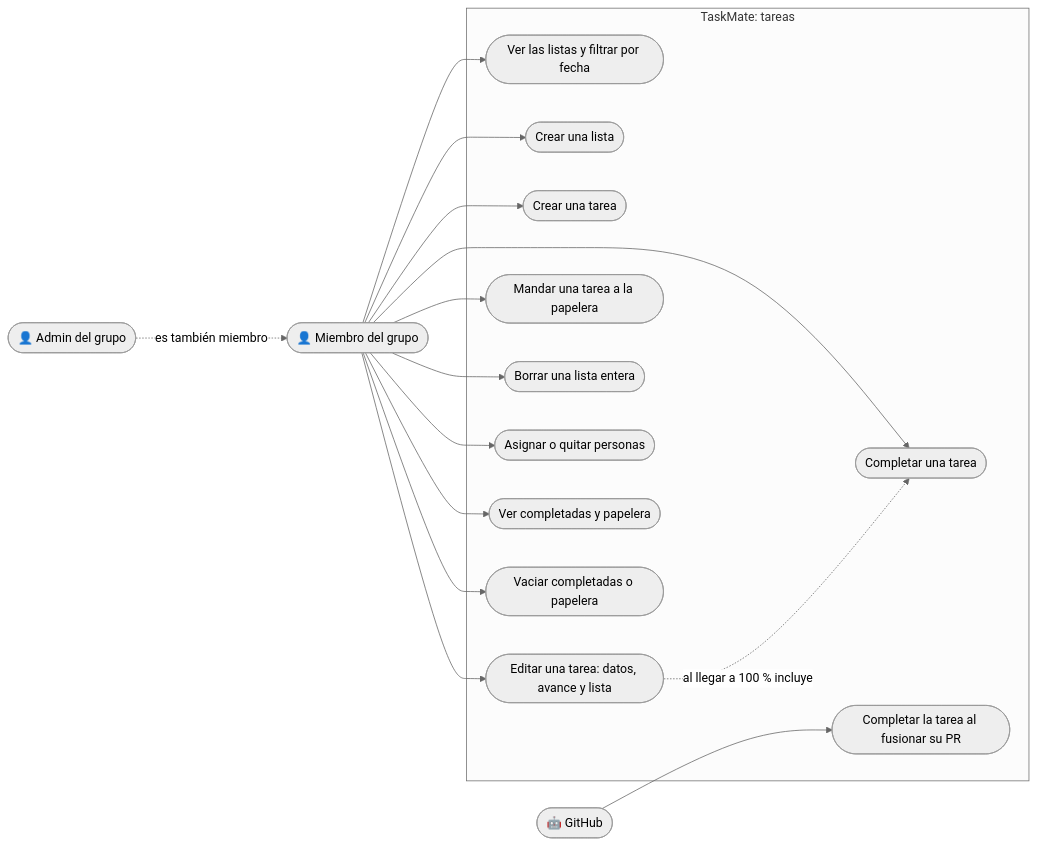
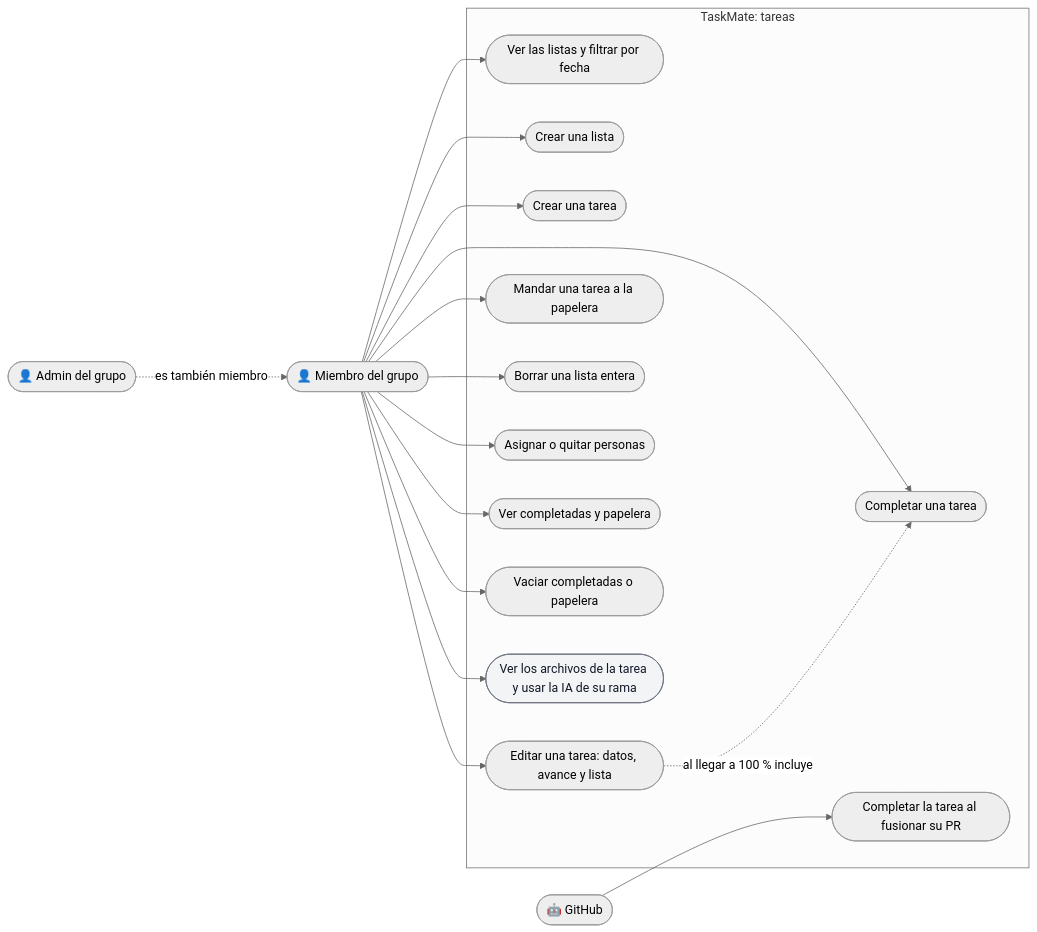
One commit to PabloP150/proyecto-is-cc6 changed the diagram in documentacion/04-casos-de-uso/03-tareas.md. Above: the diagram before and after it, drawn with Mermaid (neutral theme). The commit also changed other lines of this file and 204 other files, not shown here.

First line of the commit message:
docs: update all documentation, diagrams and PNGs to the test/e2e state

````diff
--- a/documentacion/04-casos-de-uso/03-tareas.md
+++ b/documentacion/04-casos-de-uso/03-tareas.md
@@ -5,34 +5,39 @@
 ```mermaid
 flowchart LR
     M(["👤 Miembro del grupo"])
     A(["👤 Admin del grupo"])
     G(["🤖 GitHub"])
 
     subgraph SYS["TaskMate: tareas"]
         uc1(["Ver las listas y filtrar por fecha"])
         uc2(["Crear una lista"])
         uc3(["Crear una tarea"])
         uc4(["Editar una tarea: datos, avance y lista"])
         uc5(["Completar una tarea"])
         uc6(["Mandar una tarea a la papelera"])
         uc7(["Borrar una lista entera"])
         uc8(["Asignar o quitar personas"])
         uc9(["Ver completadas y papelera"])
         uc10(["Vaciar completadas o papelera"])
         uc11(["Completar la tarea al fusionar su PR"])
+        uc12(["Ver los archivos de la tarea y usar la IA de su rama"])
     end
 
     A -.->|"es también miembro"| M
     M --> uc1
     M --> uc2
     M --> uc3
     M --> uc4
     M --> uc5
     M --> uc6
     M --> uc7
     M --> uc8
     M --> uc9
     M --> uc10
+    M --> uc12
     uc4 -.->|"al llegar a 100 % incluye"| uc5
     G --> uc11
+
+    classDef ext fill:#f3f4f6,stroke:#6b7280,color:#111827
+    class uc12 ext
 ```
````
